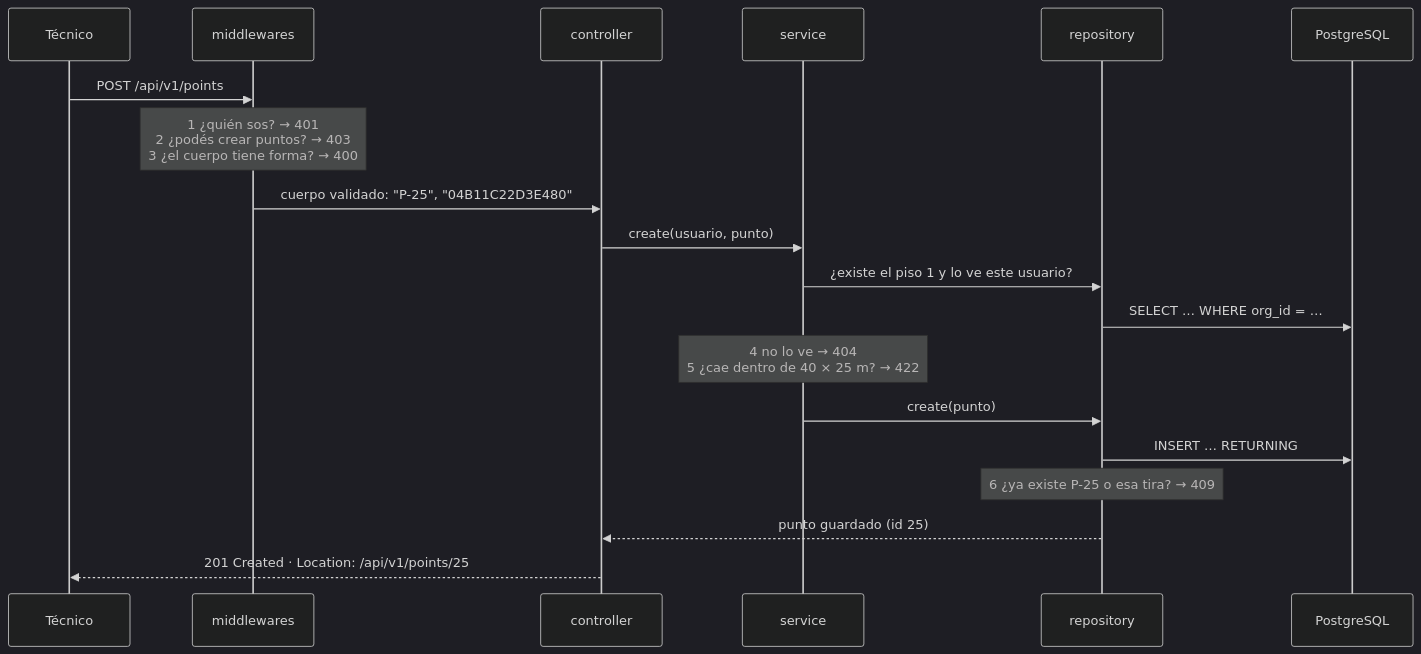
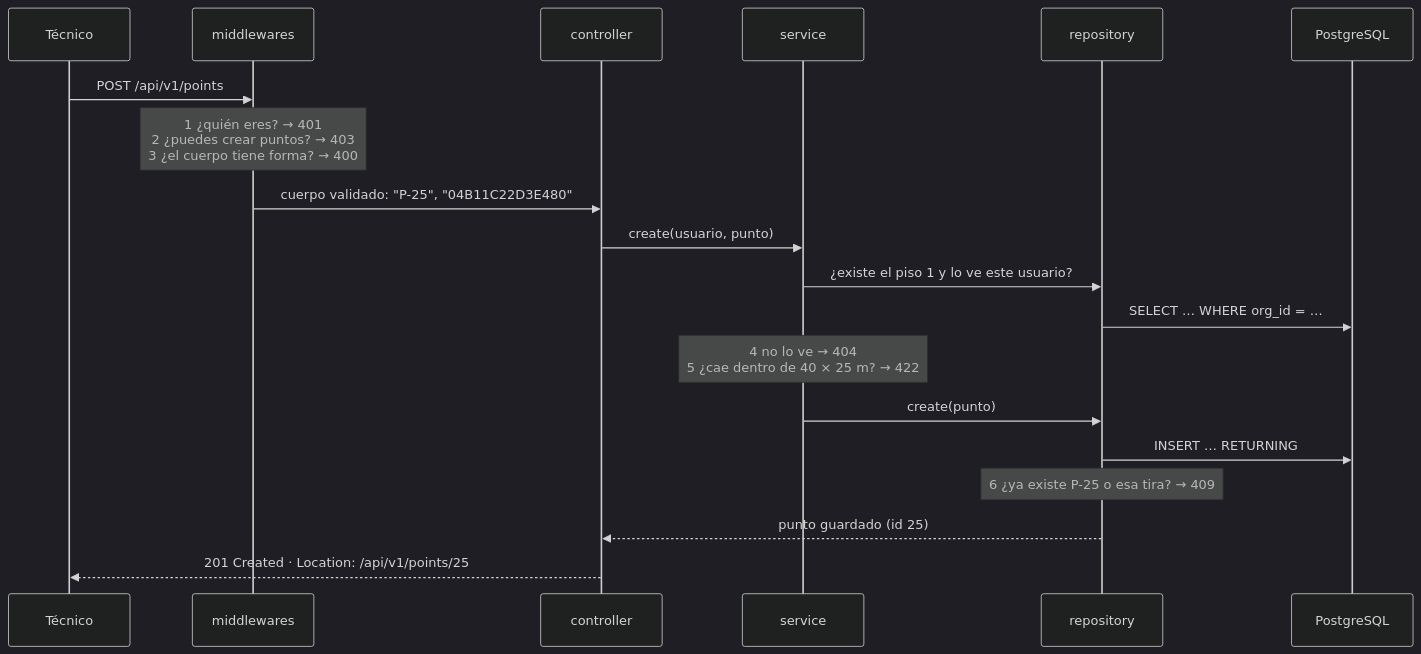
The second of 5 diagrams in docs/documento-tecnico.md (Signali/MapeoWifiSignal), drawn with Mermaid (dark theme) before and after one commit. The commit also changed other lines of this file and 3 other files, not shown here.

````diff
--- a/docs/documento-tecnico.md
+++ b/docs/documento-tecnico.md
@@ -112,21 +110,21 @@
 ```mermaid
 sequenceDiagram
   participant C as Técnico
   participant M as middlewares
   participant Ct as controller
   participant S as service
   participant R as repository
   participant DB as PostgreSQL
   C->>M: POST /api/v1/points
-  Note over M: 1 ¿quién sos? → 401<br/>2 ¿podés crear puntos? → 403<br/>3 ¿el cuerpo tiene forma? → 400
+  Note over M: 1 ¿quién eres? → 401<br/>2 ¿puedes crear puntos? → 403<br/>3 ¿el cuerpo tiene forma? → 400
   M->>Ct: cuerpo validado: "P-25", "04B11C22D3E480"
   Ct->>S: create(usuario, punto)
   S->>R: ¿existe el piso 1 y lo ve este usuario?
   R->>DB: SELECT … WHERE org_id = …
   Note over S: 4 no lo ve → 404<br/>5 ¿cae dentro de 40 × 25 m? → 422
   S->>R: create(punto)
   R->>DB: INSERT … RETURNING
   Note over R: 6 ¿ya existe P-25 o esa tira? → 409
   R-->>Ct: punto guardado (id 25)
   Ct-->>C: 201 Created · Location: /api/v1/points/25
 ```
````
